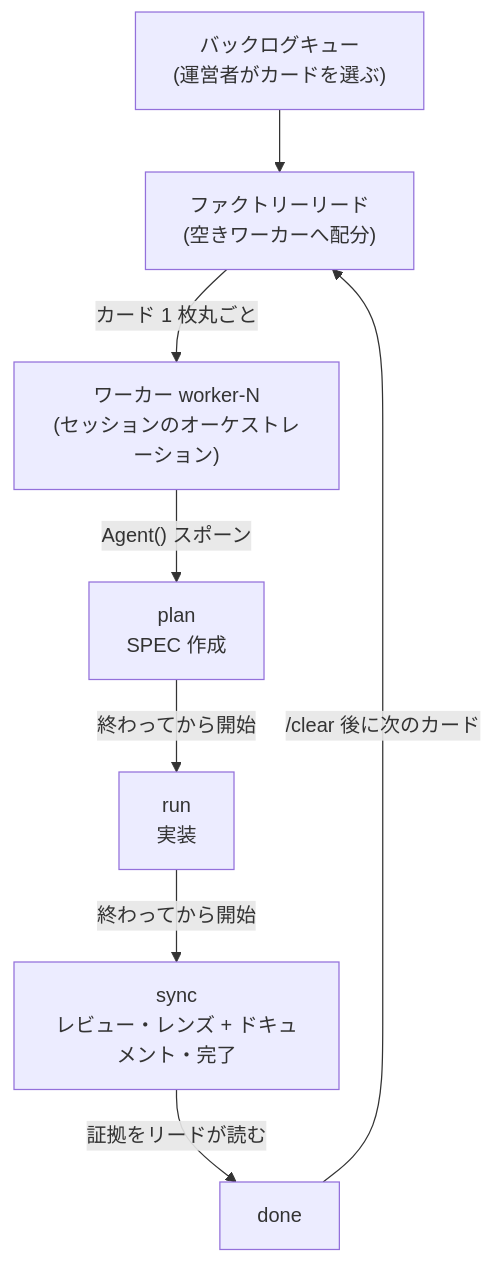
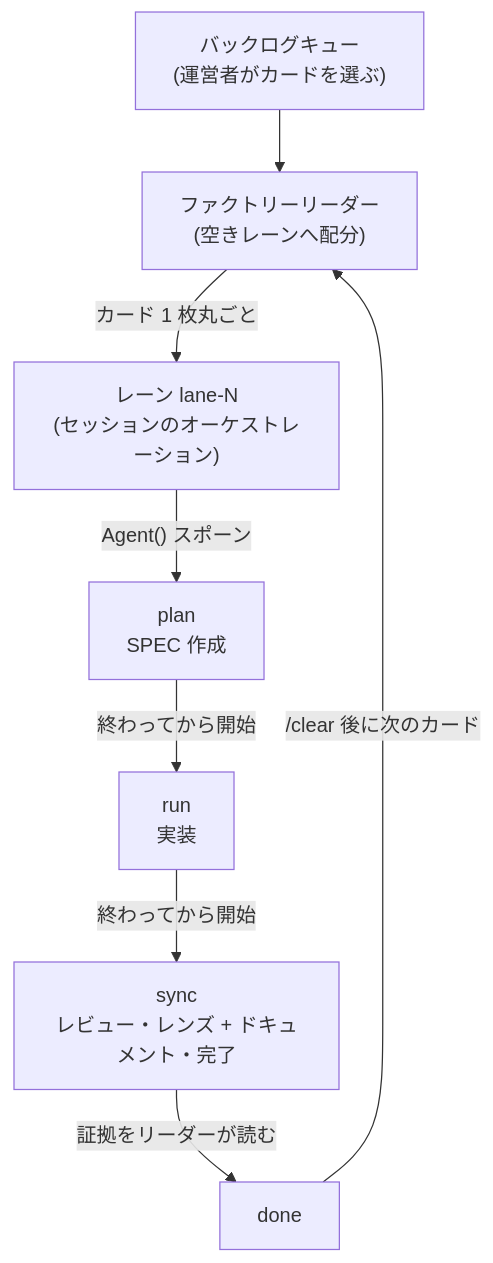
The diagram in docs-site/content/ja/advanced/factory-mode.md (modu-ai/moai-adk), drawn with Mermaid before and after one commit. The commit also changed other lines of this file and 17 other files, not shown here.

First line of the commit message:
docs(SPEC-ROLE-NAMING-DOCS-001): M6 checkpoint — docs-site 4-locale leader/lane sweep (partial)

````diff
--- a/docs-site/content/ja/advanced/factory-mode.md
+++ b/docs-site/content/ja/advanced/factory-mode.md
@@ -69,10 +69,10 @@
 ```mermaid
 flowchart TD
-    Queue["バックログキュー<br/>(運営者がカードを選ぶ)"] --> Lead["ファクトリーリード<br/>(空きワーカーへ配分)"]
-    Lead -->|"カード 1 枚丸ごと"| Worker["ワーカー worker-N<br/>(セッションのオーケストレーション)"]
-    Worker -->|"Agent() スポーン"| Plan["plan<br/>SPEC 作成"]
+    Queue["バックログキュー<br/>(運営者がカードを選ぶ)"] --> Lead["ファクトリーリーダー<br/>(空きレーンへ配分)"]
+    Lead -->|"カード 1 枚丸ごと"| Lane["レーン lane-N<br/>(セッションのオーケストレーション)"]
+    Lane -->|"Agent() スポーン"| Plan["plan<br/>SPEC 作成"]
     Plan -->|"終わってから開始"| Run["run<br/>実装"]
     Run -->|"終わってから開始"| Sync["sync<br/>レビュー・レンズ + ドキュメント・完了"]
-    Sync -->|"証拠をリードが読む"| Done["done"]
+    Sync -->|"証拠をリーダーが読む"| Done["done"]
     Done -->|"/clear 後に次のカード"| Lead
 ```
````
